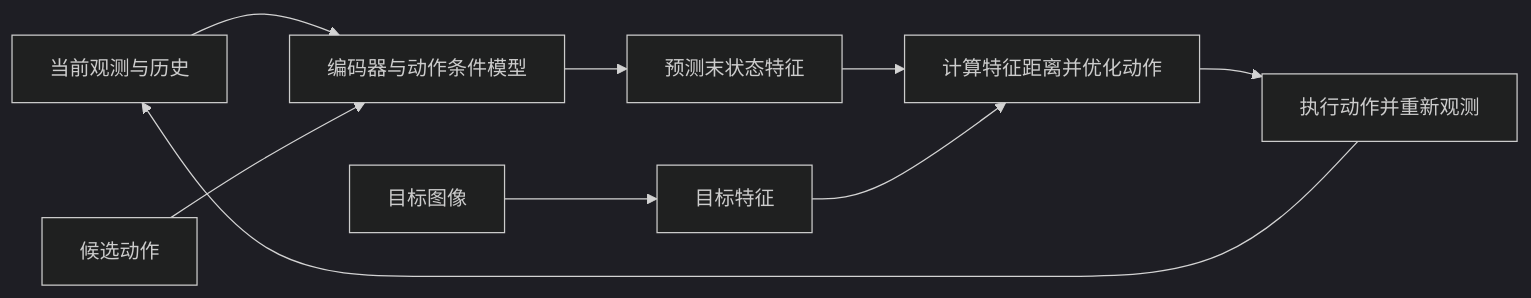
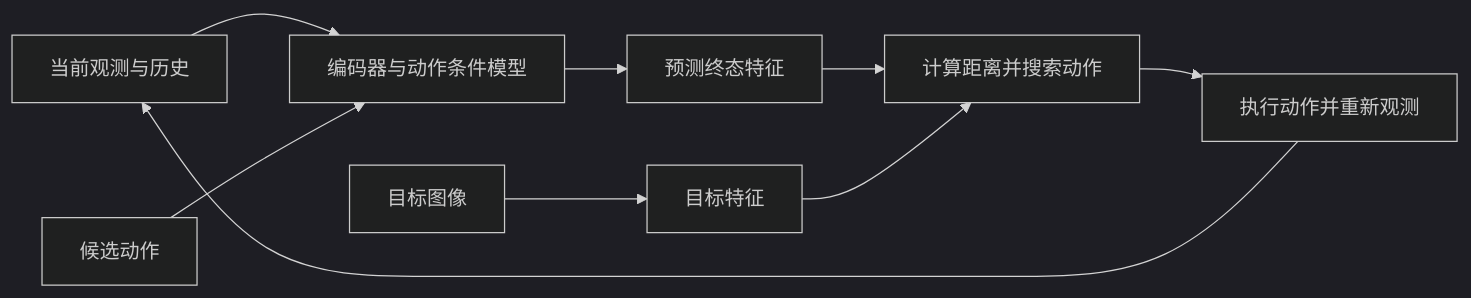
The diagram in wiki/concepts/VisualGoalPlanning.md (niuverse/llm-wiki), drawn with Mermaid (dark theme) before and after one commit. The commit also changed other lines of this file and 317 other files, not shown here.

````diff
--- a/wiki/concepts/VisualGoalPlanning.md
+++ b/wiki/concepts/VisualGoalPlanning.md
@@ -38,11 +42,11 @@
 ```mermaid
 flowchart LR
   A[当前观测与历史] --> B[编码器与动作条件模型]
   C[候选动作] --> B
-  B --> D[预测末状态特征]
+  B --> D[预测终态特征]
   E[目标图像] --> F[目标特征]
-  D --> G[计算特征距离并优化动作]
+  D --> G[计算距离并搜索动作]
   F --> G
   G --> H[执行动作并重新观测]
   H --> A
 ```
````
